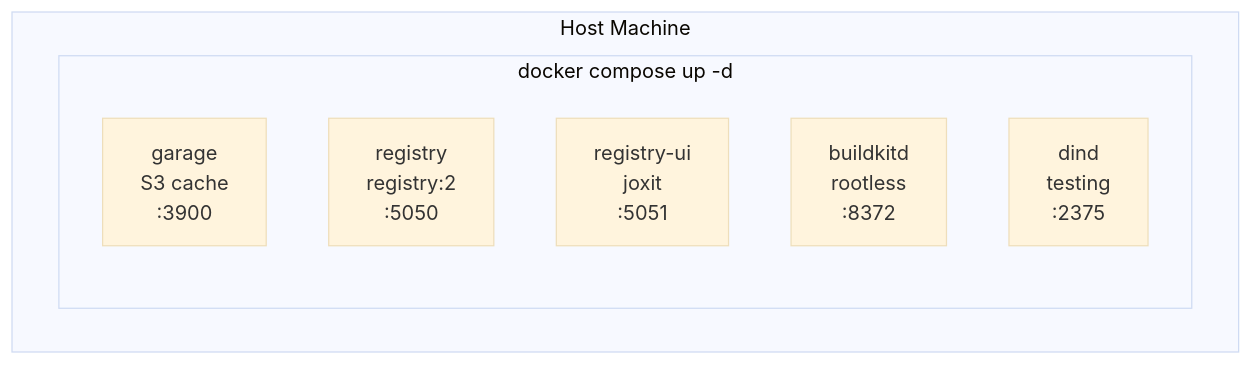
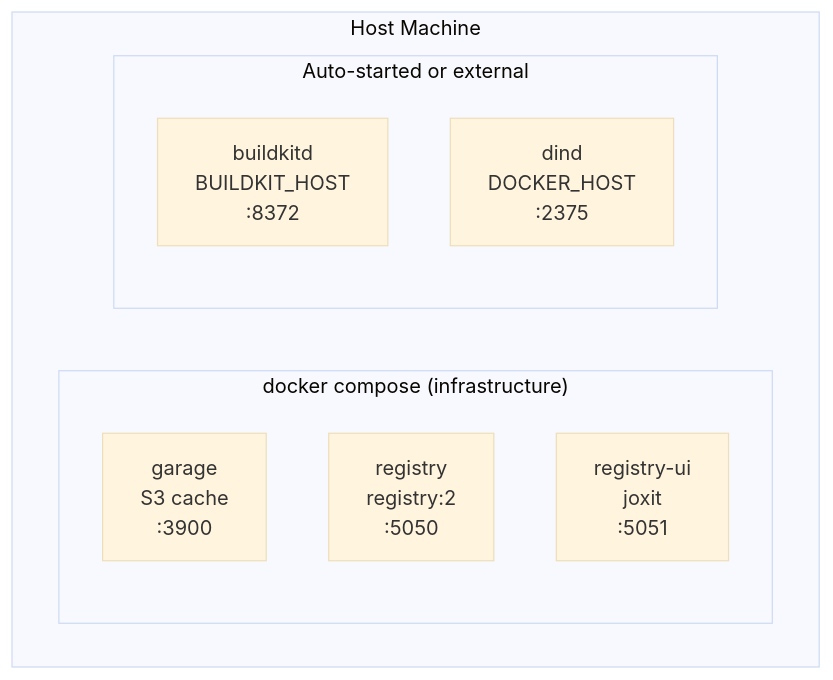
Before and after one commit to timo-reymann/poc-container-image-manager: the sixth of 6 diagrams in README.md, drawn with Mermaid (base theme). The commit also changed other lines of this file, not shown here.

First line of the commit message:
docs: document BUILDKIT_HOST and DOCKER_HOST environment variables

````diff
--- a/README.md
+++ b/README.md
@@ -936,12 +992,14 @@
 ```mermaid
 flowchart TB
     subgraph Host["Host Machine"]
-        subgraph DC["docker compose up -d"]
+        subgraph DC["docker compose (infrastructure)"]
             G[garage<br/>S3 cache<br/>:3900]
             R[registry<br/>registry:2<br/>:5050]
             RUI[registry-ui<br/>joxit<br/>:5051]
-            BK[buildkitd<br/>rootless<br/>:8372]
-            DIND[dind<br/>testing<br/>:2375]
+        end
+        subgraph Auto["Auto-started or external"]
+            BK[buildkitd<br/>BUILDKIT_HOST<br/>:8372]
+            DIND[dind<br/>DOCKER_HOST<br/>:2375]
         end
     end
 ```
````
